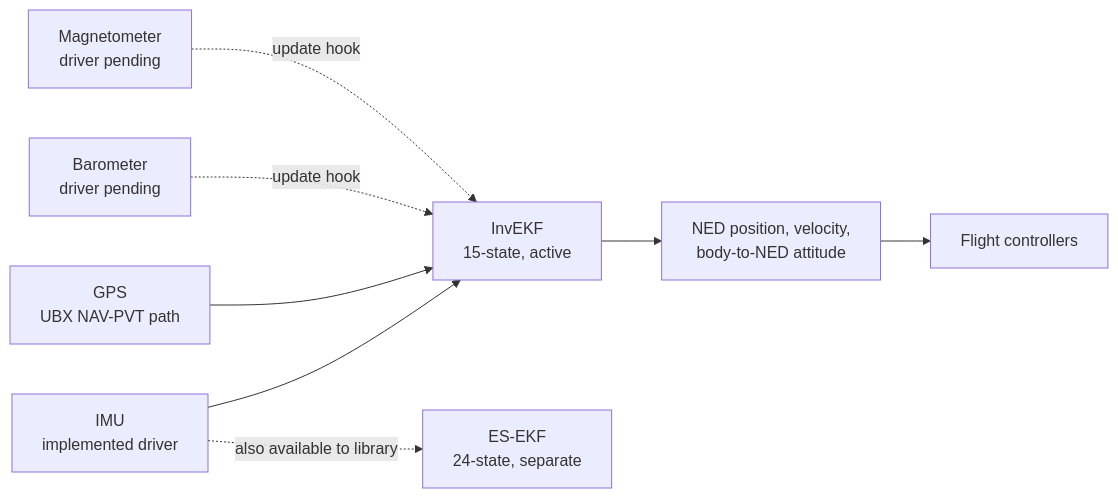
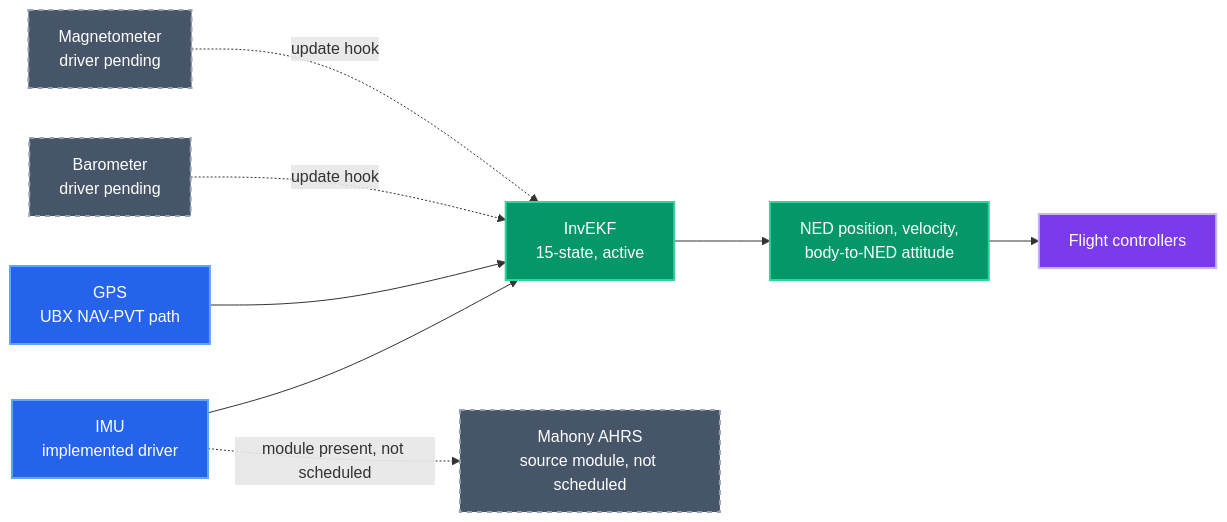
Before and after one commit to nafs09/dual-control-drone-flight-controller: the third of 3 diagrams in README.md, drawn with Mermaid. The commit also changed other lines of this file and 4 other files, not shown here.

````diff
--- a/README.md
+++ b/README.md
@@ -118,19 +137,27 @@
 ```mermaid
 flowchart LR
   IMU["IMU<br/>implemented driver"]
   GPS["GPS<br/>UBX NAV-PVT path"]
   BARO["Barometer<br/>driver pending"]
   MAG["Magnetometer<br/>driver pending"]
   INV["InvEKF<br/>15-state, active"]
-  ES["ES-EKF<br/>24-state, separate"]
+  MAHONY["Mahony AHRS<br/>source module, not scheduled"]
   STATE["NED position, velocity,<br/>body-to-NED attitude"]
   CTRL["Flight controllers"]
 
   IMU --> INV
+  IMU -. "module present, not scheduled" .-> MAHONY
   GPS --> INV
   BARO -. "update hook" .-> INV
   MAG -. "update hook" .-> INV
   INV --> STATE
   STATE --> CTRL
-  IMU -. "also available to library" .-> ES
+  classDef sensors fill:#2563eb,color:#fff,stroke:#60a5fa,stroke-width:2px
+  classDef estimate fill:#059669,color:#fff,stroke:#34d399,stroke-width:2px
+  classDef inactive fill:#475569,color:#fff,stroke:#94a3b8,stroke-width:2px,stroke-dasharray:5 5
+  classDef control fill:#7c3aed,color:#fff,stroke:#c4b5fd,stroke-width:2px
+  class IMU,GPS sensors
+  class BARO,MAG,MAHONY inactive
+  class INV,STATE estimate
+  class CTRL control
 ```
````
